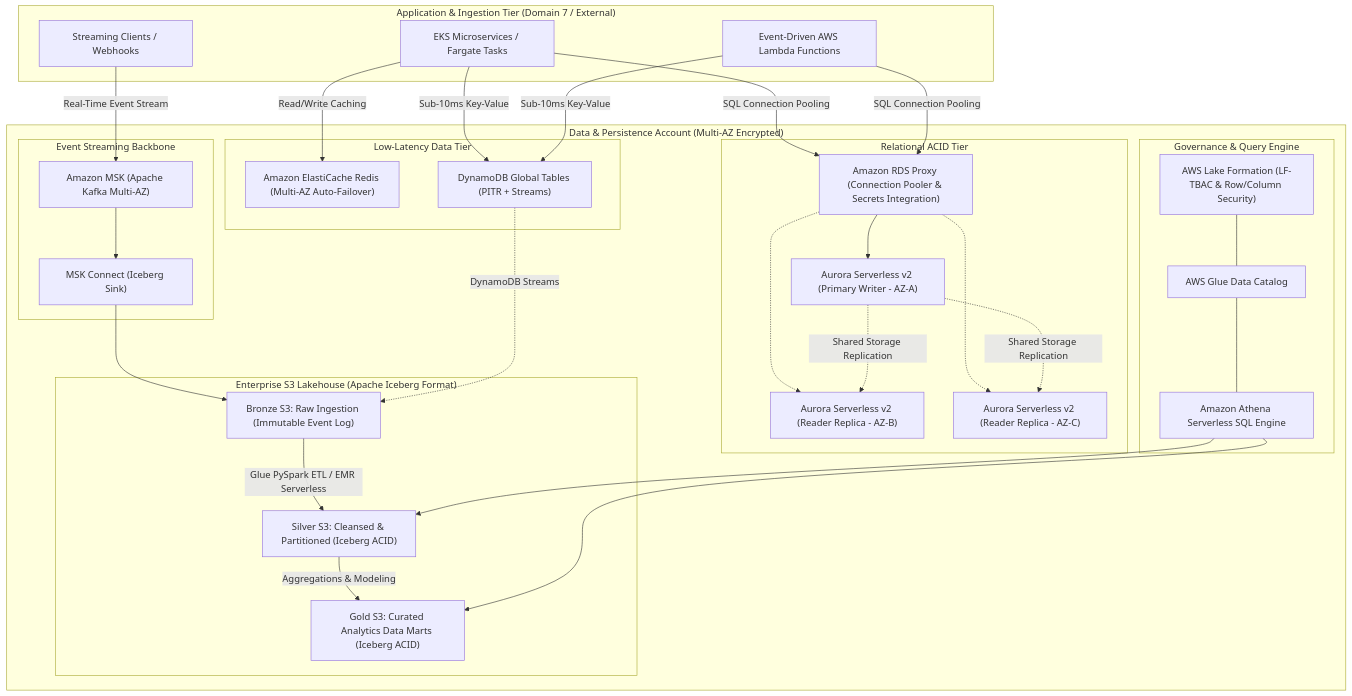
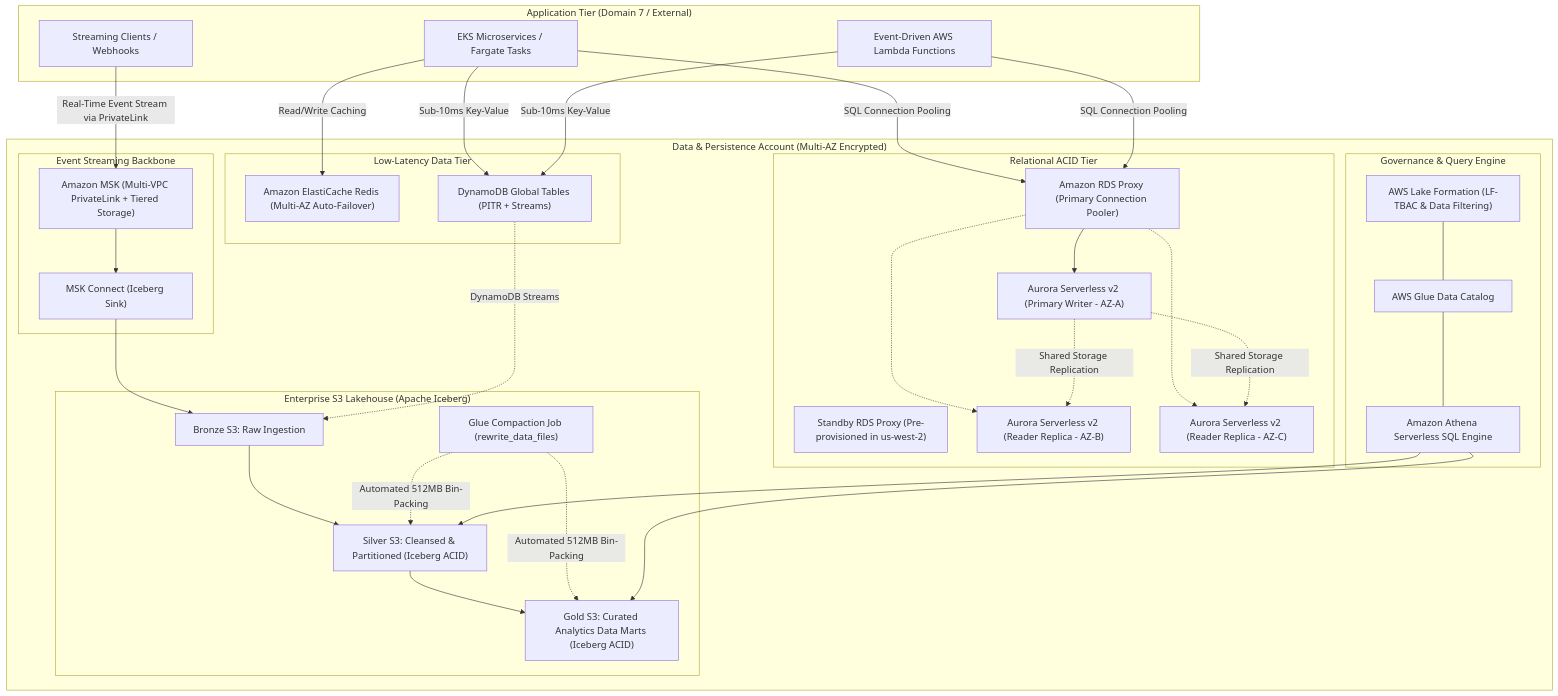
Before and after one commit to minddrop/aws-solution-map: the diagram in docs/06-data-persistence-streaming-lakehouse.md, drawn with Mermaid. The commit also changed other lines of this file and 16 other files, not shown here.

Commit message:
feat(blueprint): apply enterprise architectural modernizations across all 11 domains and contracts

````diff
--- a/docs/06-data-persistence-streaming-lakehouse.md
+++ b/docs/06-data-persistence-streaming-lakehouse.md
@@ -113,62 +110,64 @@
 ```mermaid
 flowchart TB
-    subgraph Compute_and_Ingestion["Application & Ingestion Tier (Domain 7 / External)"]
+    subgraph Compute_and_Ingestion["Application Tier (Domain 7 / External)"]
         Microservices["EKS Microservices / Fargate Tasks"]
         Serverless_Lambdas["Event-Driven AWS Lambda Functions"]
         IoT_Clickstream["Streaming Clients / Webhooks"]
     end
 
     subgraph Data_Platform_Account["Data & Persistence Account (Multi-AZ Encrypted)"]
         
         subgraph Realtime_Cache_and_NoSQL["Low-Latency Data Tier"]
             Redis_Cluster["Amazon ElastiCache Redis (Multi-AZ Auto-Failover)"]
             DDB_Global["DynamoDB Global Tables (PITR + Streams)"]
         end
 
         subgraph Relational_OLTP_Tier["Relational ACID Tier"]
-            RDS_Proxy["Amazon RDS Proxy (Connection Pooler & Secrets Integration)"]
+            RDS_Proxy["Amazon RDS Proxy (Primary Connection Pooler)"]
+            RDS_Proxy_DR["Standby RDS Proxy (Pre-provisioned in us-west-2)"]
             Aurora_Writer["Aurora Serverless v2 (Primary Writer - AZ-A)"]
             Aurora_Reader_1["Aurora Serverless v2 (Reader Replica - AZ-B)"]
             Aurora_Reader_2["Aurora Serverless v2 (Reader Replica - AZ-C)"]
         end
 
         subgraph Realtime_Streaming_Fabric["Event Streaming Backbone"]
-            MSK_Kafka["Amazon MSK (Apache Kafka Multi-AZ)"]
+            MSK_Kafka["Amazon MSK (Multi-VPC PrivateLink + Tiered Storage)"]
             MSK_Connect["MSK Connect (Iceberg Sink)"]
         end
 
-        subgraph Medallion_Lakehouse_Architecture["Enterprise S3 Lakehouse (Apache Iceberg Format)"]
-            S3_Bronze["Bronze S3: Raw Ingestion (Immutable Event Log)"]
+        subgraph Medallion_Lakehouse_Architecture["Enterprise S3 Lakehouse (Apache Iceberg)"]
+            S3_Bronze["Bronze S3: Raw Ingestion"]
             S3_Silver["Silver S3: Cleansed & Partitioned (Iceberg ACID)"]
             S3_Gold["Gold S3: Curated Analytics Data Marts (Iceberg ACID)"]
+            Glue_Compaction["Glue Compaction Job (rewrite_data_files)"]
         end
 
         subgraph Governance_Analytics["Governance & Query Engine"]
-            Lake_Formation["AWS Lake Formation (LF-TBAC & Row/Column Security)"]
+            Lake_Formation["AWS Lake Formation (LF-TBAC & Data Filtering)"]
             Glue_Catalog_Lake["AWS Glue Data Catalog"]
             Athena_SQL["Amazon Athena Serverless SQL Engine"]
         end
 
     end
 
     %% OLTP & Cache Flows
     Microservices -->|Read/Write Caching| Redis_Cluster
     Microservices & Serverless_Lambdas -->|Sub-10ms Key-Value| DDB_Global
     Microservices & Serverless_Lambdas -->|SQL Connection Pooling| RDS_Proxy
     RDS_Proxy --> Aurora_Writer
     RDS_Proxy -.-> Aurora_Reader_1 & Aurora_Reader_2
     Aurora_Writer -.->|Shared Storage Replication| Aurora_Reader_1 & Aurora_Reader_2
 
     %% Streaming & ETL Flows
-    IoT_Clickstream -->|Real-Time Event Stream| MSK_Kafka
+    IoT_Clickstream -->|Real-Time Event Stream via PrivateLink| MSK_Kafka
     MSK_Kafka --> MSK_Connect --> S3_Bronze
     DDB_Global -.->|DynamoDB Streams| S3_Bronze
     
-    S3_Bronze -->|Glue PySpark ETL / EMR Serverless| S3_Silver
-    S3_Silver -->|Aggregations & Modeling| S3_Gold
+    S3_Bronze --> S3_Silver --> S3_Gold
+    Glue_Compaction -.->|Automated 512MB Bin-Packing| S3_Silver & S3_Gold
 
     %% Governance & Query
     Lake_Formation --- Glue_Catalog_Lake
     Glue_Catalog_Lake --- Athena_SQL
     Athena_SQL --> S3_Silver & S3_Gold
 ```
````
